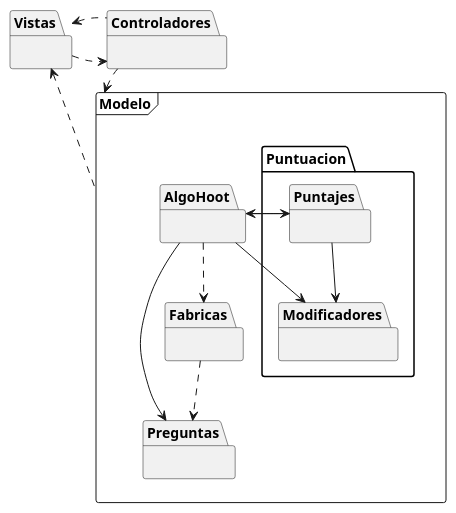
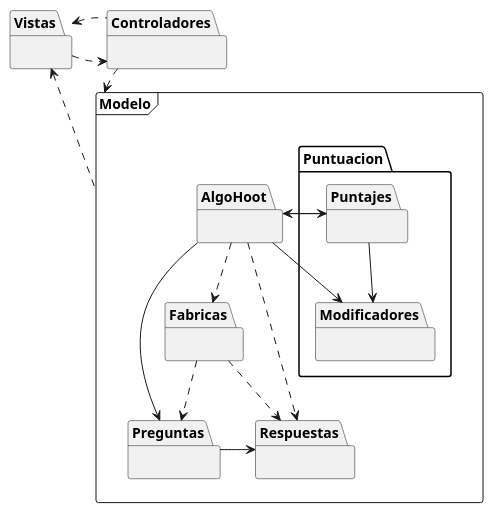
Before and after one commit to ValentinMarturet/ALGO3-TP2: the diagram in diagrams/classes/entregaFinal/PaquetesGeneral.puml, drawn with PlantUML. The commit also changed 2 other files, not shown here.

Commit message:
Diagramas de clases y paquetes para la entrega final actualizados

```diff
--- a/diagrams/classes/entregaFinal/PaquetesGeneral.puml
+++ b/diagrams/classes/entregaFinal/PaquetesGeneral.puml
@@ -1,57 +1,64 @@
 @startuml
 
 
 package Modelo <<Frame>> {
 
 }
 
 
 package Modelo.Preguntas {
 }
 package Modelo.Fabricas {
 }
 package Modelo.Puntuacion {
 }
 package Modelo.AlgoHoot {
+}
+
+package Modelo.Respuestas {
+
 }
 
 package Modelo.Puntuacion.Modificadores {
 
 }
 package Modelo.Puntuacion.Puntajes {
 
 }
 package Vistas {
 
 
 }
 
 package Controladores {
 
 }
 
 AlgoHoot -right-> Puntajes
 AlgoHoot --> Preguntas
 AlgoHoot ..> Fabricas
 Puntajes --> AlgoHoot
 Fabricas ..> Preguntas
 Puntajes --> Modificadores
 AlgoHoot --> Modificadores
+AlgoHoot ..> Respuestas
+Preguntas -> Respuestas
+Fabricas ..> Respuestas
 
 
 Modelo .up.> Vistas
 Controladores .down.> Modelo
 Vistas .right.> Controladores
 Controladores .left.> Vistas
 
 
 
 
 
 
 
 
 
 
 
 @enduml
```
